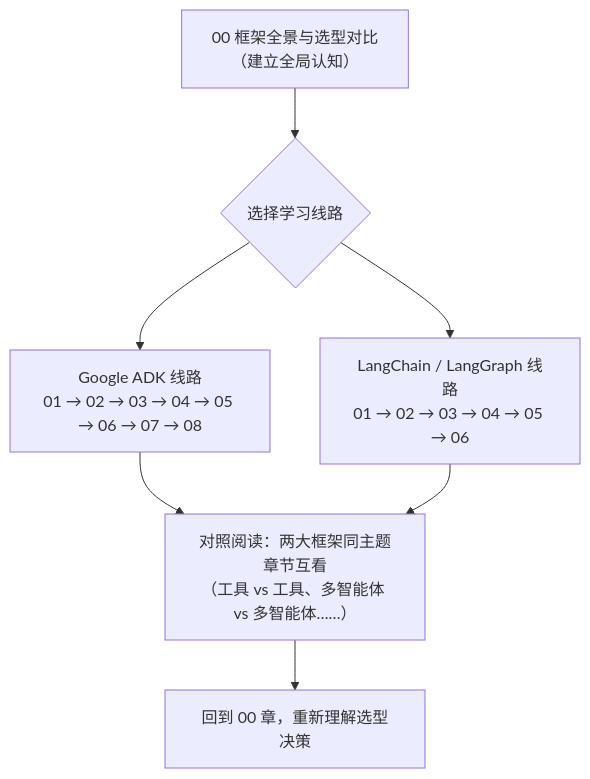
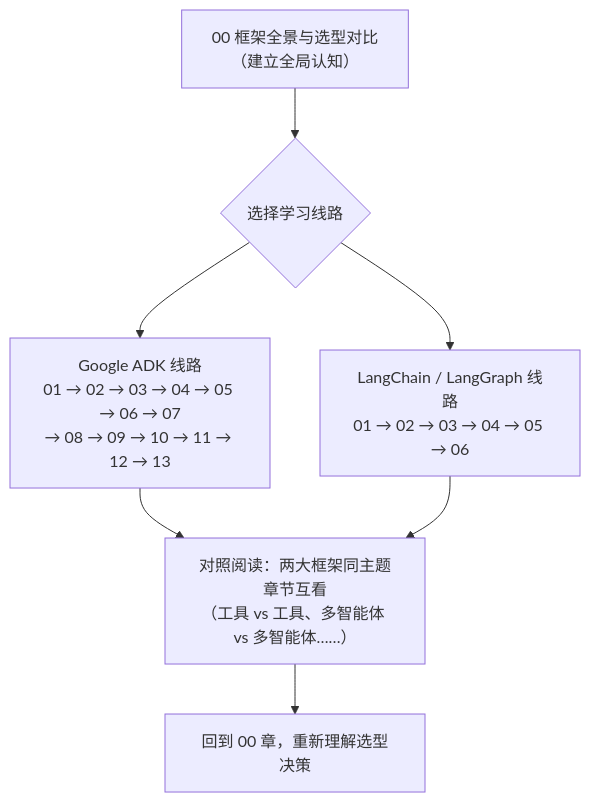
Before and after one commit to Daicy0213/agent-frameworks-learning-cn: the diagram in README.md, drawn with Mermaid. The commit also changed other lines of this file and 79 other files, not shown here.

````diff
--- a/README.md
+++ b/README.md
@@ -100,9 +126,9 @@
 ```mermaid
 flowchart TD
     A["00 框架全景与选型对比<br/>（建立全局认知）"] --> B{"选择学习线路"}
-    B --> C["Google ADK 线路<br/>01 → 02 → 03 → 04 → 05 → 06 → 07 → 08"]
+    B --> C["Google ADK 线路<br/>01 → 02 → 03 → 04 → 05 → 06 → 07<br/>→ 08 → 09 → 10 → 11 → 12 → 13"]
     B --> D["LangChain / LangGraph 线路<br/>01 → 02 → 03 → 04 → 05 → 06"]
     C --> E["对照阅读：两大框架同主题章节互看<br/>（工具 vs 工具、多智能体 vs 多智能体……）"]
     D --> E
     E --> F["回到 00 章，重新理解选型决策"]
 ```
````
